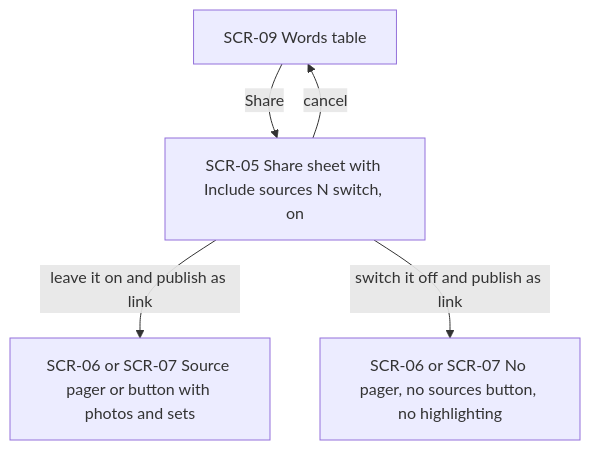
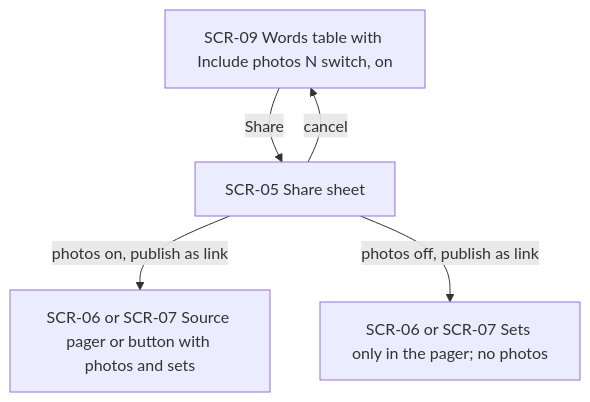
One commit to mlevytskiy/flutter_vocabulary_app changed the fifth of 6 diagrams in docs/features/import-from-quizlet/ux-flows.md. Above: the diagram before and after it, drawn with Mermaid. The commit also changed other lines of this file and 41 other files, not shown here.

````diff
--- a/docs/features/import-from-quizlet/ux-flows.md
+++ b/docs/features/import-from-quizlet/ux-flows.md
@@ -111,7 +115,7 @@
 ```mermaid
 flowchart TD
-    T[SCR-09 Words table] -->|Share| S[SCR-05 Share sheet with Include sources N switch, on]
-    S -->|leave it on and publish as link| ON[SCR-06 or SCR-07 Source pager or button with photos and sets]
-    S -->|switch it off and publish as link| OFF[SCR-06 or SCR-07 No pager, no sources button, no highlighting]
+    T[SCR-09 Words table with Include photos N switch, on] -->|Share| S[SCR-05 Share sheet]
+    S -->|photos on, publish as link| ON[SCR-06 or SCR-07 Source pager or button with photos and sets]
+    S -->|photos off, publish as link| OFF[SCR-06 or SCR-07 Sets only in the pager; no photos]
     S -->|cancel| T
 ```
````
